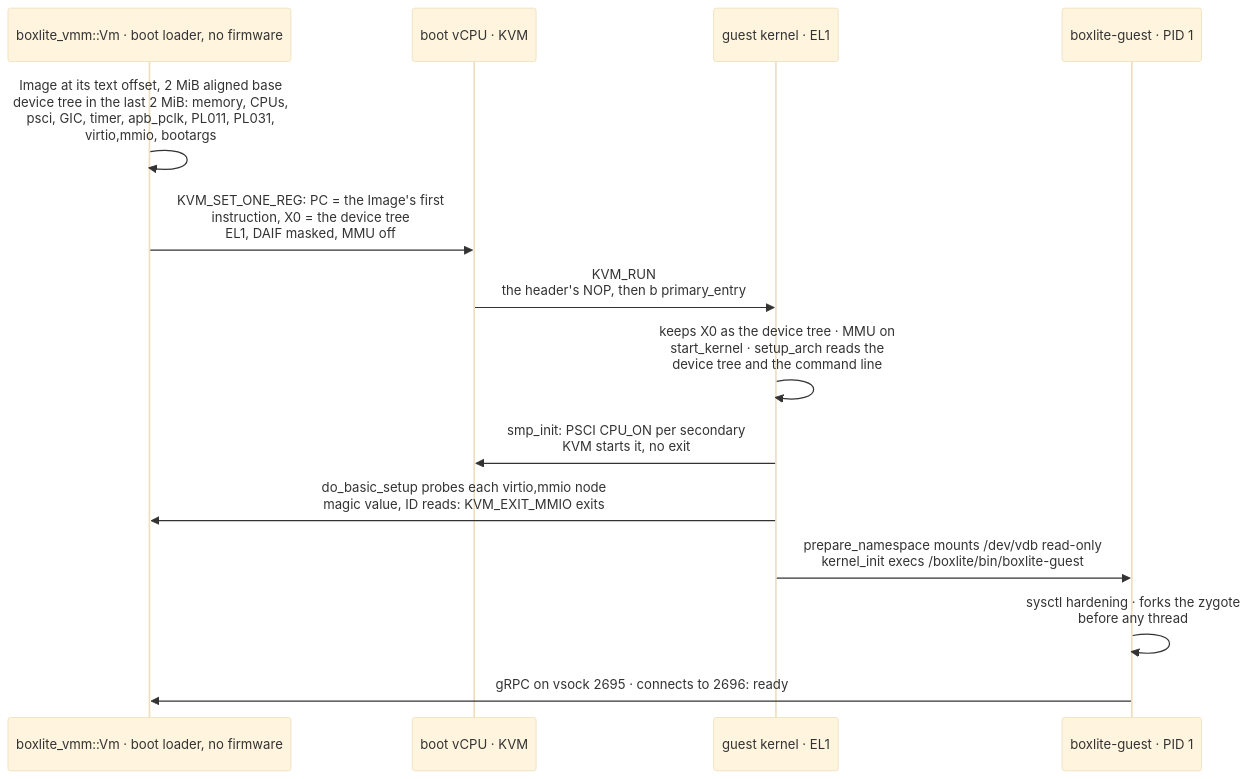
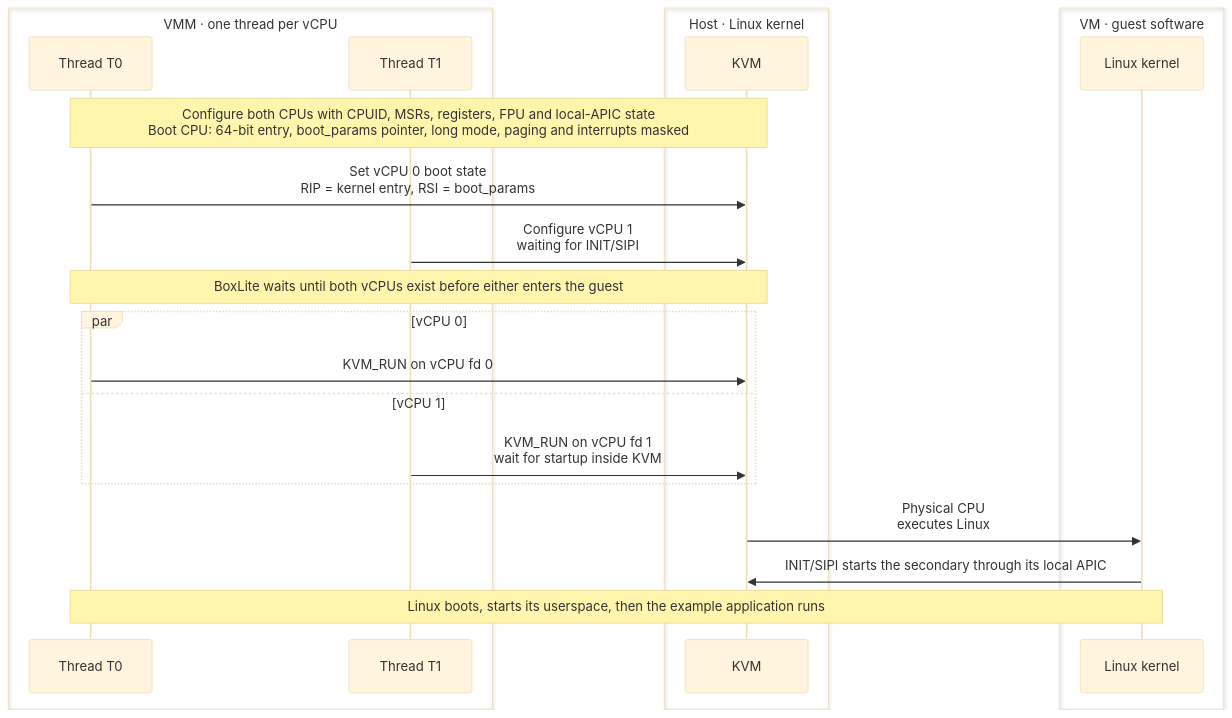
One commit to boxlite-ai/boxlite changed the sixth of 14 diagrams in docs/architecture/vmm/kvm.md. Above: the diagram before and after it, drawn with Mermaid (base theme). The commit also changed other lines of this file and 3 other files, not shown here.

````diff
--- a/docs/architecture/vmm/kvm.md
+++ b/docs/architecture/vmm/kvm.md
@@ -112,25 +174,31 @@
 ```mermaid
 sequenceDiagram
-  participant vm as boxlite_vmm::Vm · boot loader, no firmware
-  participant vcpu as boot vCPU · KVM
-  participant kernel as guest kernel · EL1
-  participant init as boxlite-guest · PID 1
-  %% edge:b_load
-  vm->>vm: Image at its text offset, 2 MiB aligned base<br/>device tree in the last 2 MiB: memory, CPUs,<br/>psci, GIC, timer, apb_pclk, PL011, PL031,<br/>virtio,mmio, bootargs
-  %% edge:b_regs
-  vm->>vcpu: KVM_SET_ONE_REG: PC = the Image's first<br/>instruction, X0 = the device tree<br/>EL1, DAIF masked, MMU off
-  %% edge:b_run
-  vcpu->>kernel: KVM_RUN<br/>the header's NOP, then b primary_entry
-  %% edge:b_head
-  kernel->>kernel: keeps X0 as the device tree · MMU on<br/>start_kernel · setup_arch reads the<br/>device tree and the command line
-  %% edge:b_smp
-  kernel->>vcpu: smp_init: PSCI CPU_ON per secondary<br/>KVM starts it, no exit
-  %% edge:b_probe
-  kernel->>vm: do_basic_setup probes each virtio,mmio node<br/>magic value, ID reads: KVM_EXIT_MMIO exits
-  %% edge:b_exec
-  kernel->>init: prepare_namespace mounts /dev/vdb read-only<br/>kernel_init execs /boxlite/bin/boxlite-guest
-  %% edge:b_agent
-  init->>init: sysctl hardening · forks the zygote<br/>before any thread
-  %% edge:b_ready
-  init->>vm: gRPC on vsock 2695 · connects to 2696: ready
+  box VMM · one thread per vCPU
+    participant thread0 as Thread T0
+    participant thread1 as Thread T1
+  end
+  box Host · Linux kernel
+    participant host_api as KVM
+  end
+  box VM · guest software
+    participant kernel as Linux kernel
+  end
+  Note over thread0,host_api: Configure both CPUs with CPUID, MSRs, registers, FPU and local-APIC state<br/>Boot CPU: 64-bit entry, boot_params pointer, long mode, paging and interrupts masked
+  %% edge:kvm_7_e1
+  thread0->>host_api: Set vCPU 0 boot state<br/>RIP = kernel entry, RSI = boot_params
+  %% edge:kvm_7_e2
+  thread1->>host_api: Configure vCPU 1<br/>waiting for INIT/SIPI
+  Note over thread0,host_api: BoxLite waits until both vCPUs exist before either enters the guest
+  par vCPU 0
+  %% edge:kvm_7_e3
+    thread0->>host_api: KVM_RUN on vCPU fd 0
+  and vCPU 1
+  %% edge:kvm_7_e4
+    thread1->>host_api: KVM_RUN on vCPU fd 1<br/>wait for startup inside KVM
+  end
+  %% edge:kvm_7_e5
+  host_api->>kernel: Physical CPU<br/>executes Linux
+  %% edge:kvm_7_e6
+  kernel->>host_api: INIT/SIPI starts the secondary through its local APIC
+  Note over thread0,kernel: Linux boots, starts its userspace, then the example application runs
 ```
````
